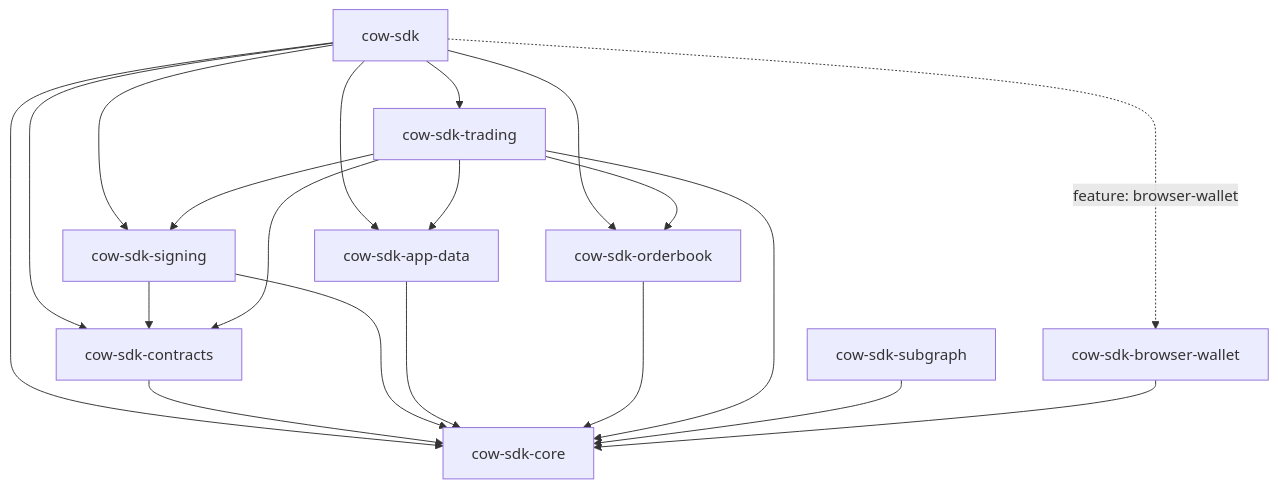
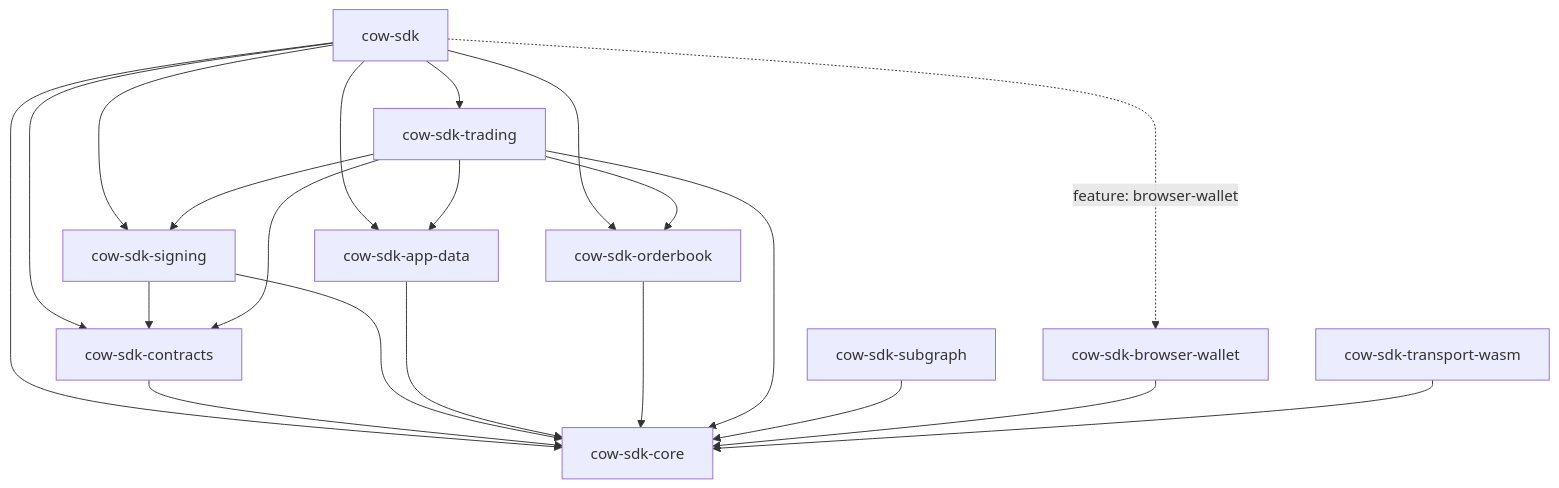
The diagram in docs/architecture.md (0xSymbiome/cow-rs), drawn with Mermaid before and after one commit. The commit also changed other lines of this file and 45 other files, not shown here.

````diff
--- a/docs/architecture.md
+++ b/docs/architecture.md
@@ -6,32 +6,34 @@
 ```mermaid
 flowchart TD
   sdk["cow-sdk"];
   core["cow-sdk-core"];
   contracts["cow-sdk-contracts"];
   signing["cow-sdk-signing"];
   appdata["cow-sdk-app-data"];
   orderbook["cow-sdk-orderbook"];
   trading["cow-sdk-trading"];
   subgraph_crate["cow-sdk-subgraph"];
   wallet["cow-sdk-browser-wallet"];
+  transport_wasm["cow-sdk-transport-wasm"];
 
   sdk --> core;
   sdk --> contracts;
   sdk --> signing;
   sdk --> appdata;
   sdk --> orderbook;
   sdk --> trading;
   sdk -.->|feature: browser-wallet| wallet;
   contracts --> core;
   signing --> core;
   signing --> contracts;
   appdata --> core;
   orderbook --> core;
   trading --> core;
   trading --> contracts;
   trading --> signing;
   trading --> appdata;
   trading --> orderbook;
   subgraph_crate --> core;
   wallet --> core;
+  transport_wasm --> core;
 ```
````
